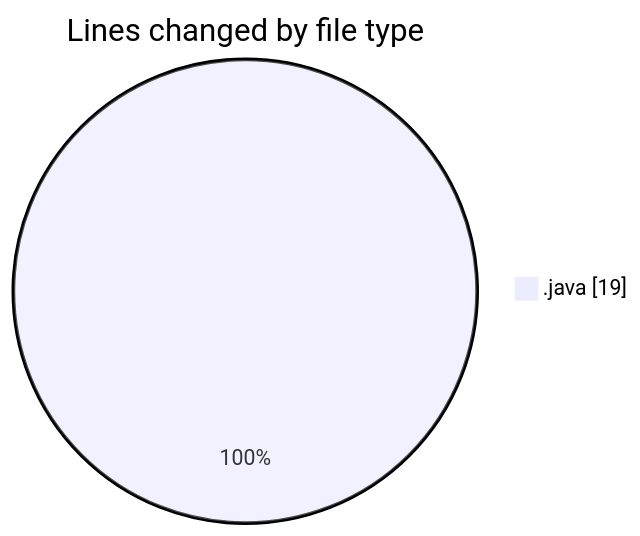
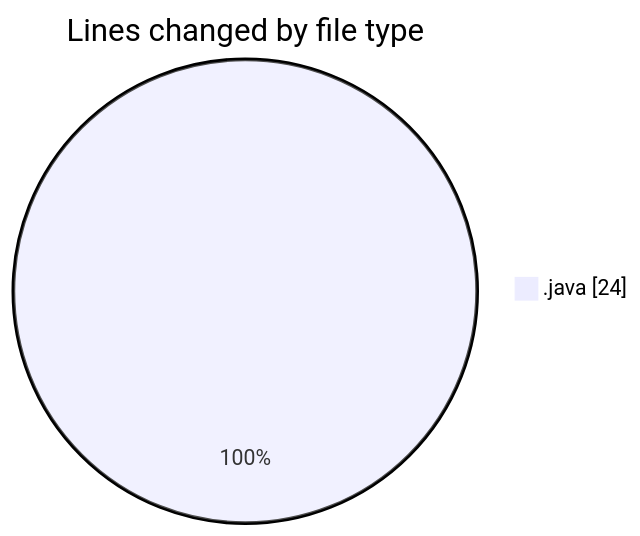
The first of 2 diagrams in 2026-11-26/taskforge/README.md (hasnaa123/code-tracking), drawn with Mermaid before and after one commit. The commit also changed other lines of this file and 1 other file, not shown here.

````diff
--- a/2026-11-26/taskforge/README.md
+++ b/2026-11-26/taskforge/README.md
@@ -20,5 +20,5 @@
 ```mermaid
 pie showData
 title Lines changed by file type
-".java" : 19
+".java" : 24
 ```
````
